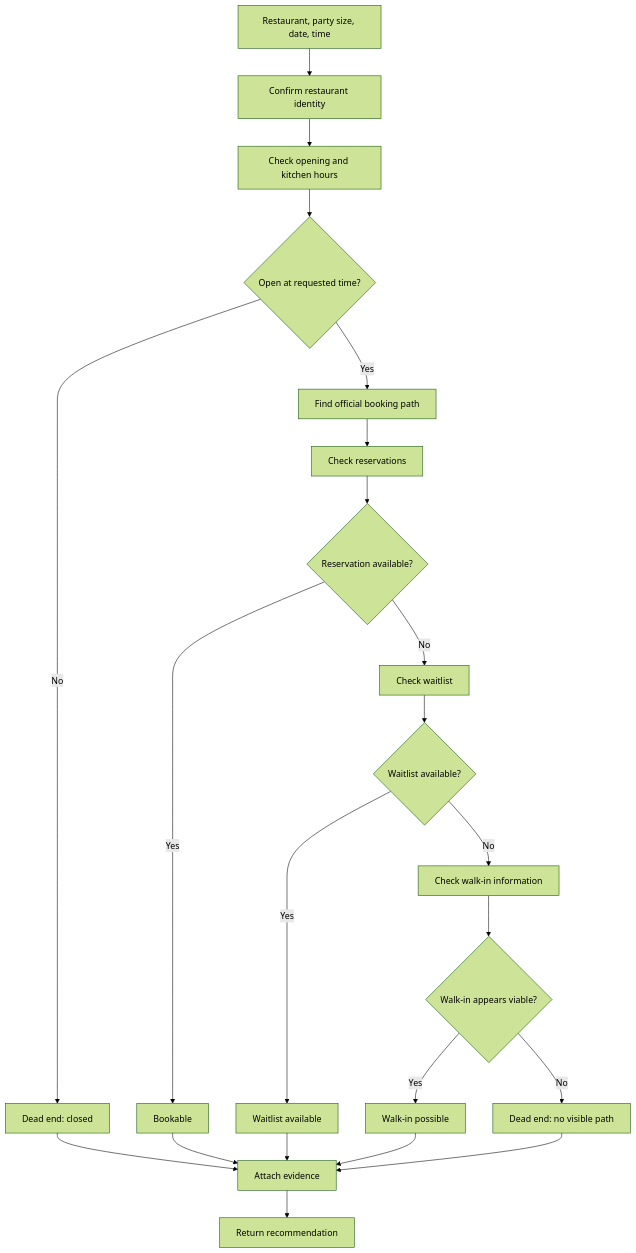
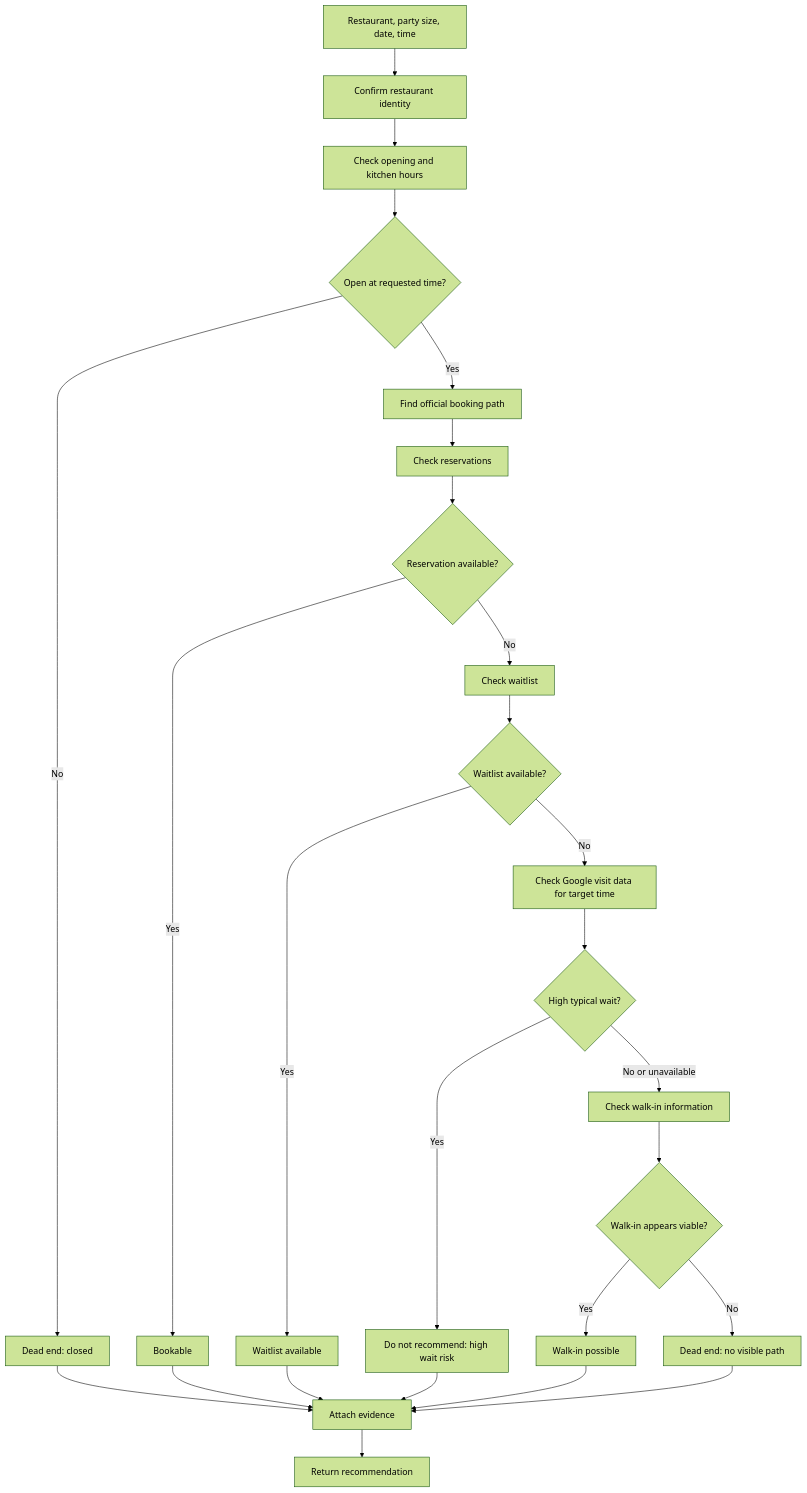
One commit to maxbov1/hungryradar changed the fourth of 4 diagrams in README.md. Above: the diagram before and after it, drawn with Mermaid (forest theme). The commit also changed other lines of this file and 1 other file, not shown here.

Commit message:
docs: make Google Places canonical place source

````diff
--- a/README.md
+++ b/README.md
@@ -190,24 +193,28 @@
 ```mermaid
 flowchart TD
     A[Restaurant, party size, date, time] --> B[Confirm restaurant identity]
     B --> C[Check opening and kitchen hours]
     C --> D{Open at requested time?}
     D -->|No| X[Dead end: closed]
     D -->|Yes| E[Find official booking path]
     E --> F[Check reservations]
     F --> G{Reservation available?}
     G -->|Yes| H[Bookable]
     G -->|No| I[Check waitlist]
     I --> J{Waitlist available?}
     J -->|Yes| K[Waitlist available]
-    J -->|No| L[Check walk-in information]
-    L --> M{Walk-in appears viable?}
-    M -->|Yes| N[Walk-in possible]
-    M -->|No| O[Dead end: no visible path]
-    H --> P[Attach evidence]
-    K --> P
-    N --> P
-    X --> P
-    O --> P
-    P --> Q[Return recommendation]
+    J -->|No| L[Check Google visit data for target time]
+    L --> M{High typical wait?}
+    M -->|Yes| N[Do not recommend: high wait risk]
+    M -->|No or unavailable| O[Check walk-in information]
+    O --> P{Walk-in appears viable?}
+    P -->|Yes| Q[Walk-in possible]
+    P -->|No| R[Dead end: no visible path]
+    H --> S[Attach evidence]
+    K --> S
+    N --> S
+    Q --> S
+    X --> S
+    R --> S
+    S --> T[Return recommendation]
 ```
````
